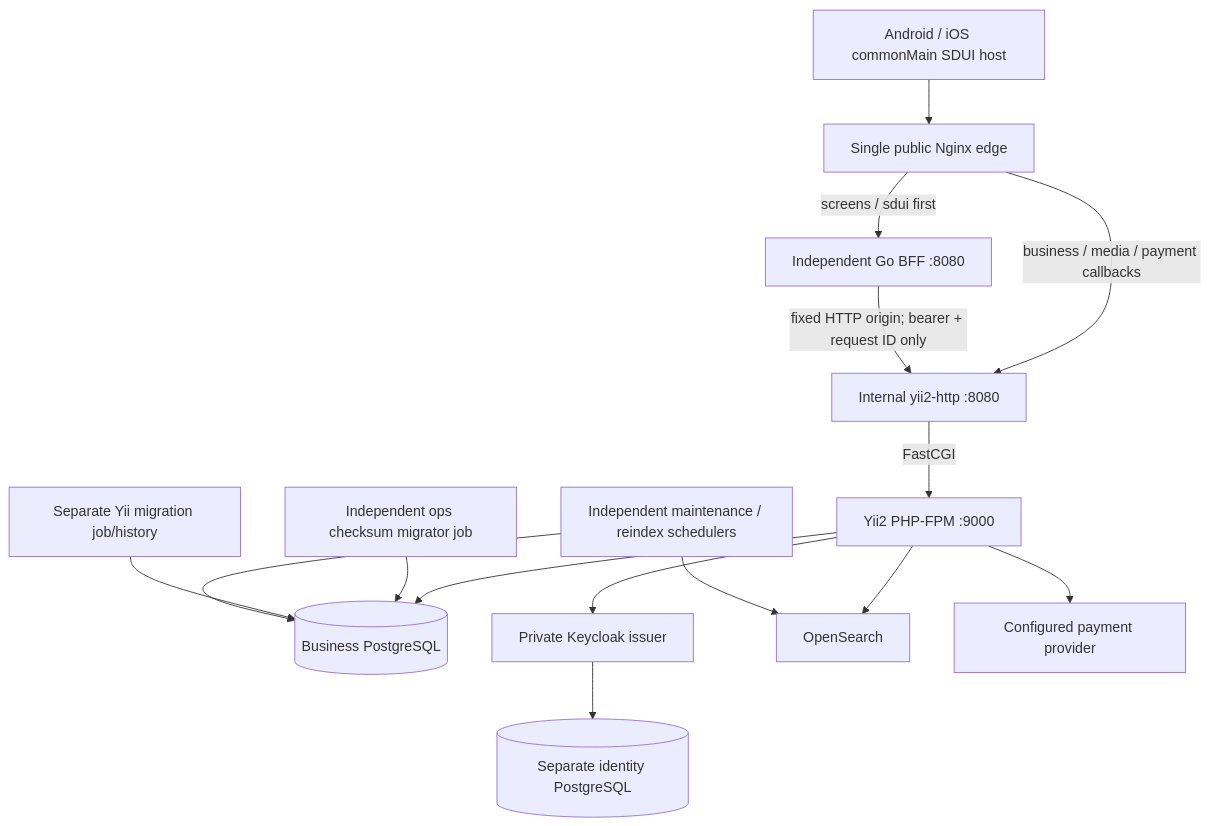
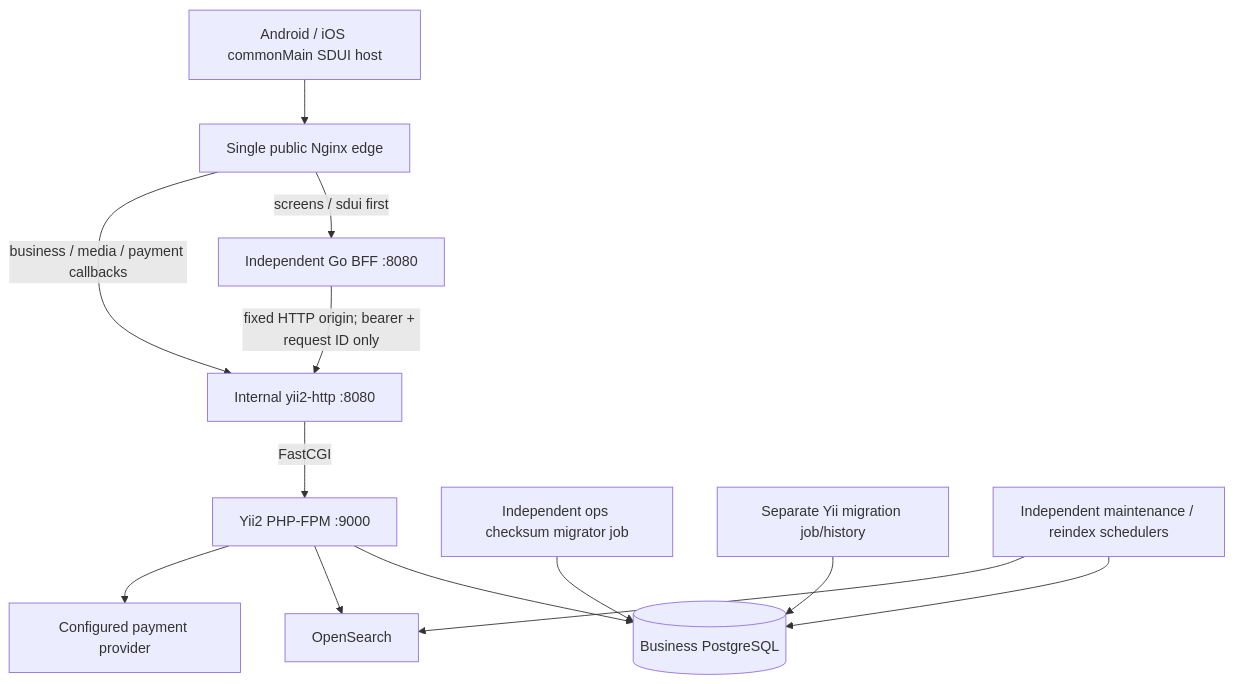
The diagram in docs/ARCHITECTURE.md (dimangty/SDUI-PHP-GO), drawn with Mermaid before and after one commit. The commit also changed other lines of this file and 176 other files, not shown here.

````diff
--- a/docs/ARCHITECTURE.md
+++ b/docs/ARCHITECTURE.md
@@ -8,17 +8,15 @@
 ```mermaid
 flowchart TD
     CMP[Android / iOS commonMain SDUI host] --> E[Single public Nginx edge]
     E -->|screens / sdui first| B[Independent Go BFF :8080]
     E -->|business / media / payment callbacks| H[Internal yii2-http :8080]
     B -->|fixed HTTP origin; bearer + request ID only| H
     H -->|FastCGI| P[Yii2 PHP-FPM :9000]
     P --> DB[(Business PostgreSQL)]
-    P --> K[Private Keycloak issuer]
-    K --> KDB[(Separate identity PostgreSQL)]
     P --> S[OpenSearch]
     P --> G[Configured payment provider]
     M[Independent ops checksum migrator job] --> DB
     YM[Separate Yii migration job/history] --> DB
     J[Independent maintenance / reindex schedulers] --> DB
     J --> S
 ```
````
